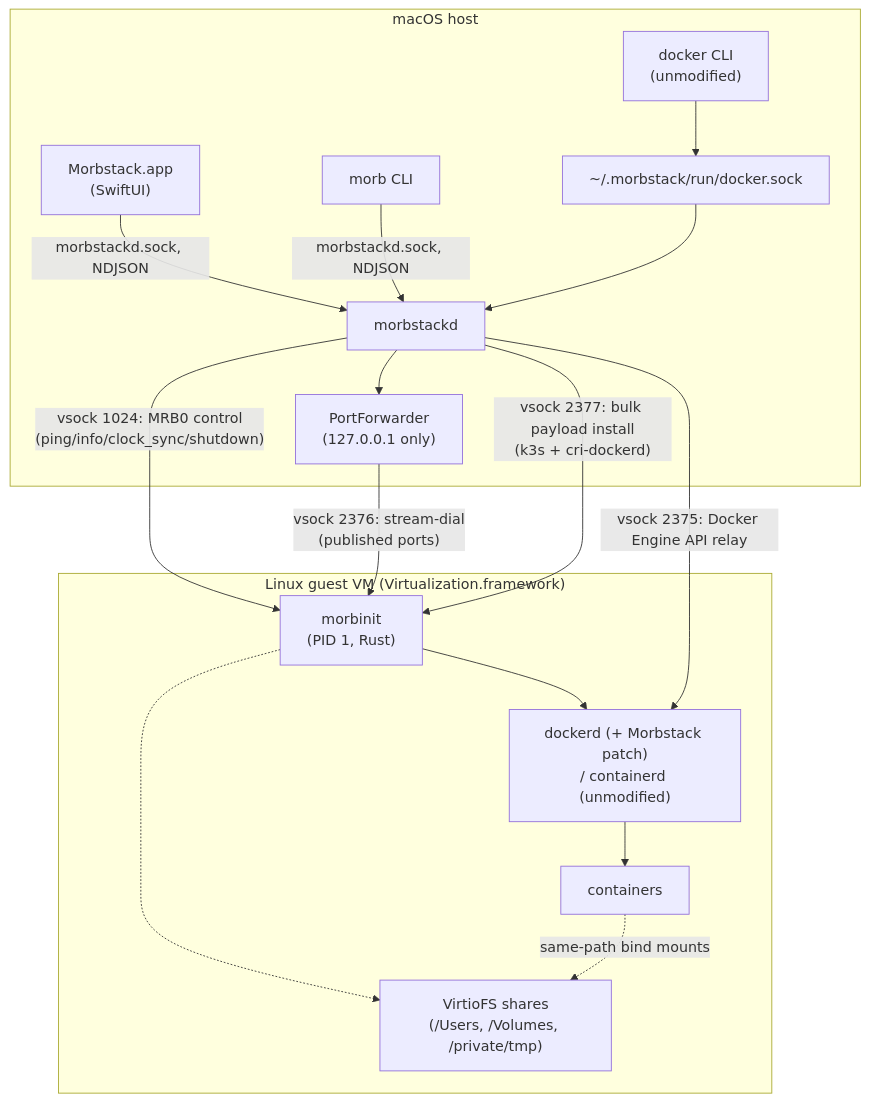
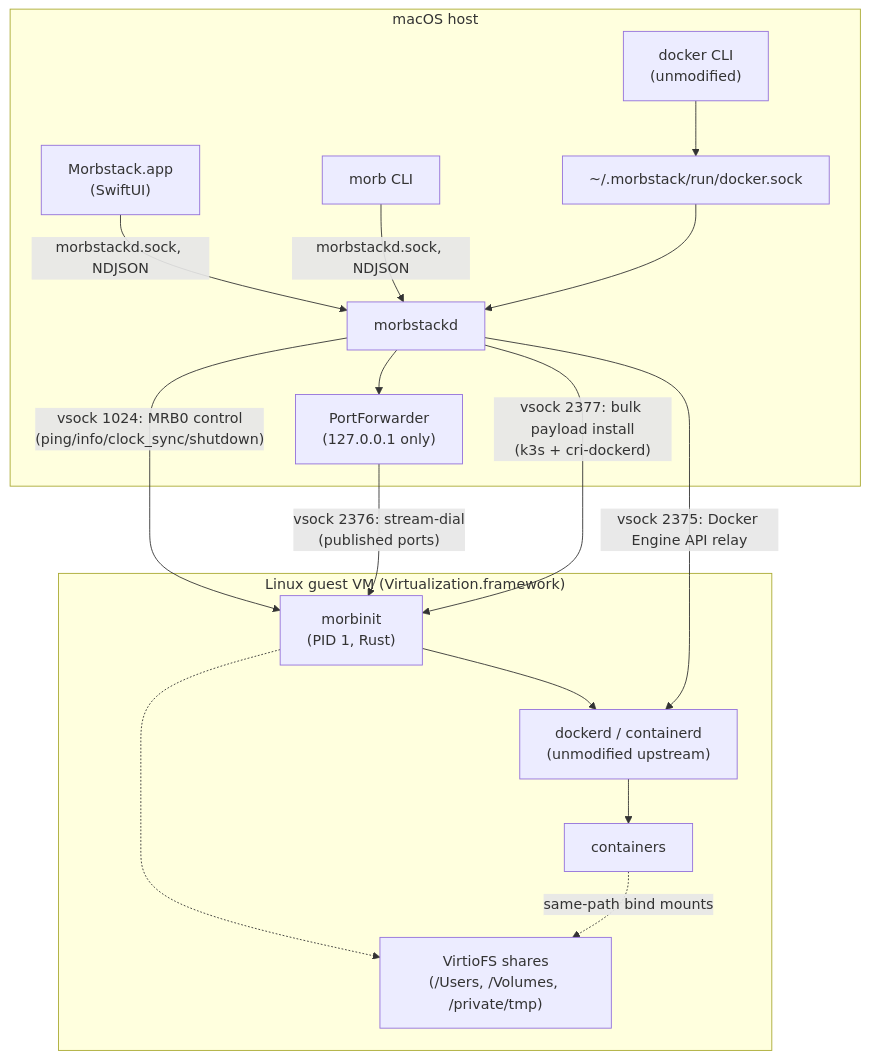
One commit to alliecatowo/morbstack changed the diagram in README.md. Above: the diagram before and after it, drawn with Mermaid. The commit also changed other lines of this file and 96 other files, not shown here.

First line of the commit message:
Delete the Moby patch: `docker run -P` on stock upstream dockerd

````diff
--- a/README.md
+++ b/README.md
@@ -245,34 +247,34 @@
 ```mermaid
 graph TB
     subgraph Mac["macOS host"]
         App["Morbstack.app<br/>(SwiftUI)"]
         CLI["morb CLI"]
         DockerCLI["docker CLI<br/>(unmodified)"]
         Sock["~/.morbstack/run/docker.sock"]
         Daemon["morbstackd"]
         PF["PortForwarder<br/>(127.0.0.1 only)"]
 
         App -- "morbstackd.sock, NDJSON" --> Daemon
         CLI -- "morbstackd.sock, NDJSON" --> Daemon
         DockerCLI --> Sock
         Sock --> Daemon
         Daemon --> PF
     end
 
     subgraph Guest["Linux guest VM (Virtualization.framework)"]
         Init["morbinit<br/>(PID 1, Rust)"]
-        Engine["dockerd (+ Morbstack patch)<br/>/ containerd (unmodified)"]
+        Engine["dockerd / containerd<br/>(unmodified upstream)"]
         Containers["containers"]
         VFS["VirtioFS shares<br/>(/Users, /Volumes, /private/tmp)"]
 
         Init --> Engine
         Engine --> Containers
         Init -.-> VFS
     end
 
     Daemon -- "vsock 1024: MRB0 control<br/>(ping/info/clock_sync/shutdown)" --> Init
     Daemon -- "vsock 2375: Docker Engine API relay" --> Engine
     PF -- "vsock 2376: stream-dial<br/>(published ports)" --> Init
     Daemon -- "vsock 2377: bulk payload install<br/>(k3s + cri-dockerd)" --> Init
     Containers -.->|"same-path bind mounts"| VFS
 ```
````
